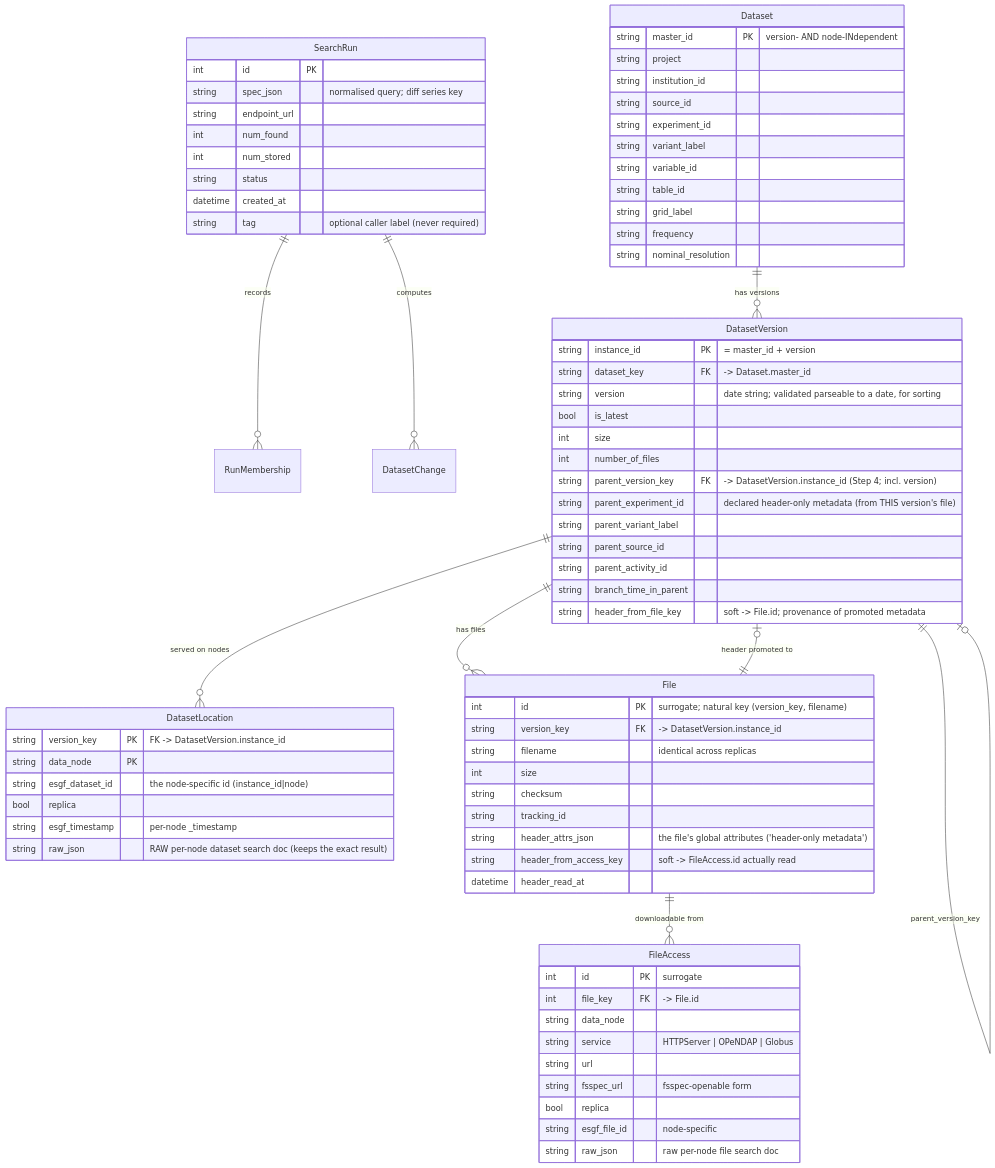
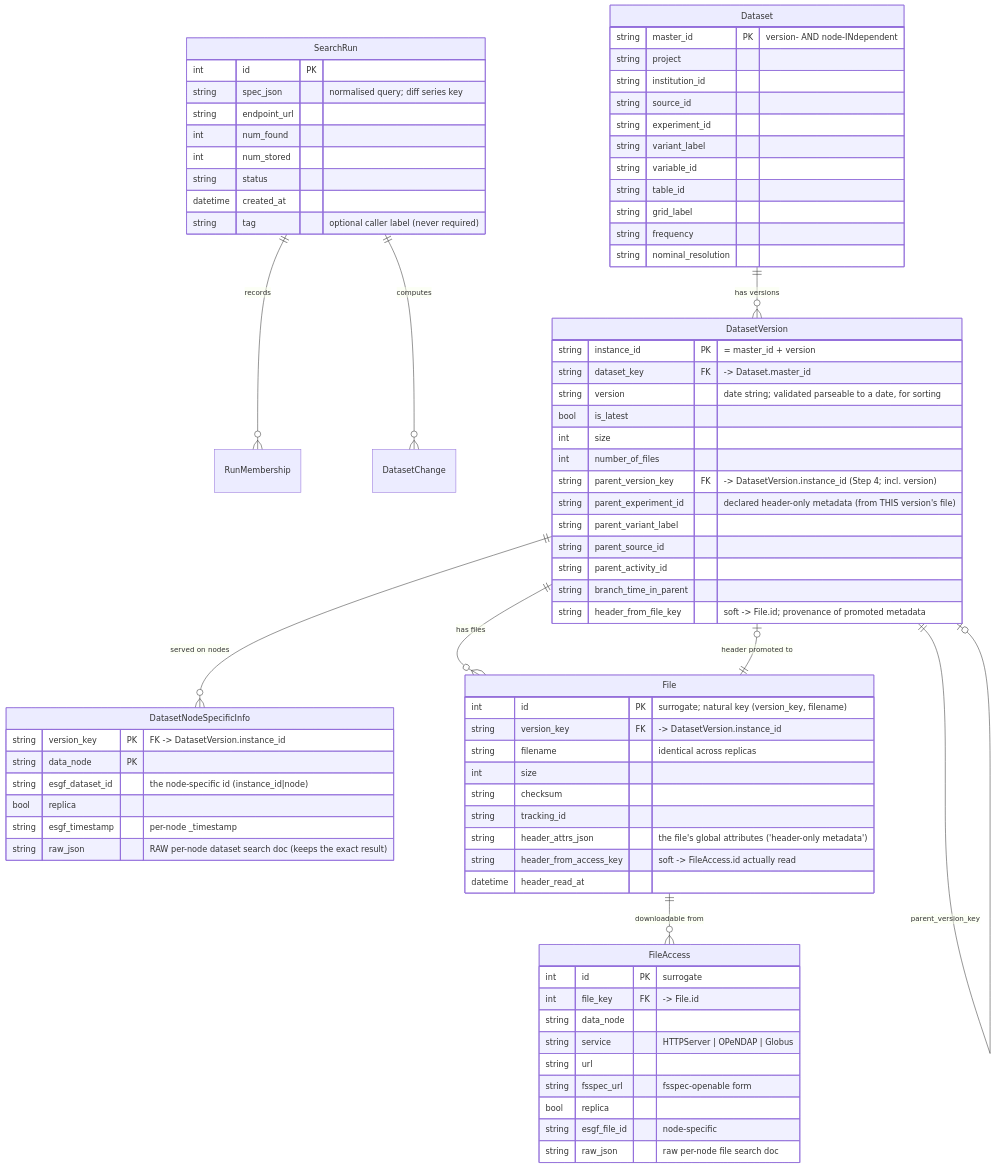
One commit to znicholls/CMIP-Data-Manager-Playground changed the first of 2 diagrams in design/search-workflow.md. Above: the diagram before and after it, drawn with Mermaid. The commit also changed other lines of this file and 26 other files, not shown here.

````diff
--- a/design/search-workflow.md
+++ b/design/search-workflow.md
@@ -34,80 +34,80 @@
 ```mermaid
 erDiagram
     SearchRun ||--o{ RunMembership : records
     SearchRun ||--o{ DatasetChange : computes
     Dataset ||--o{ DatasetVersion : "has versions"
-    DatasetVersion ||--o{ DatasetLocation : "served on nodes"
+    DatasetVersion ||--o{ DatasetNodeSpecificInfo : "served on nodes"
     DatasetVersion ||--o{ File : "has files"
     DatasetVersion ||--o| DatasetVersion : "parent_version_key"
     File ||--o{ FileAccess : "downloadable from"
     File ||--o| DatasetVersion : "header promoted to"
 
     SearchRun {
         int id PK
         string spec_json "normalised query; diff series key"
         string endpoint_url
         int num_found
         int num_stored
         string status
         datetime created_at
         string tag "optional caller label (never required)"
     }
     Dataset {
         string master_id PK "version- AND node-INdependent"
         string project
         string institution_id
         string source_id
         string experiment_id
         string variant_label
         string variable_id
         string table_id
         string grid_label
         string frequency
         string nominal_resolution
     }
     DatasetVersion {
         string instance_id PK "= master_id + version"
         string dataset_key FK "-> Dataset.master_id"
         string version "date string; validated parseable to a date, for sorting"
         bool   is_latest
         int    size
         int    number_of_files
         string parent_version_key FK "-> DatasetVersion.instance_id (Step 4; incl. version)"
         string parent_experiment_id "declared header-only metadata (from THIS version's file)"
         string parent_variant_label
         string parent_source_id
         string parent_activity_id
         string branch_time_in_parent
         string header_from_file_key "soft -> File.id; provenance of promoted metadata"
     }
-    DatasetLocation {
+    DatasetNodeSpecificInfo {
         string version_key PK "FK -> DatasetVersion.instance_id"
         string data_node PK
         string esgf_dataset_id "the node-specific id (instance_id|node)"
         bool   replica
         string esgf_timestamp "per-node _timestamp"
         string raw_json "RAW per-node dataset search doc (keeps the exact result)"
     }
     File {
         int    id PK "surrogate; natural key (version_key, filename)"
         string version_key FK "-> DatasetVersion.instance_id"
         string filename "identical across replicas"
         int    size
         string checksum
         string tracking_id
         string header_attrs_json "the file's global attributes ('header-only metadata')"
         string header_from_access_key "soft -> FileAccess.id actually read"
         datetime header_read_at
     }
     FileAccess {
         int    id PK "surrogate"
         int    file_key FK "-> File.id"
         string data_node
         string service "HTTPServer | OPeNDAP | Globus"
         string url
         string fsspec_url "fsspec-openable form"
         bool   replica
         string esgf_file_id "node-specific"
         string raw_json "raw per-node file search doc"
     }
 ```
````
